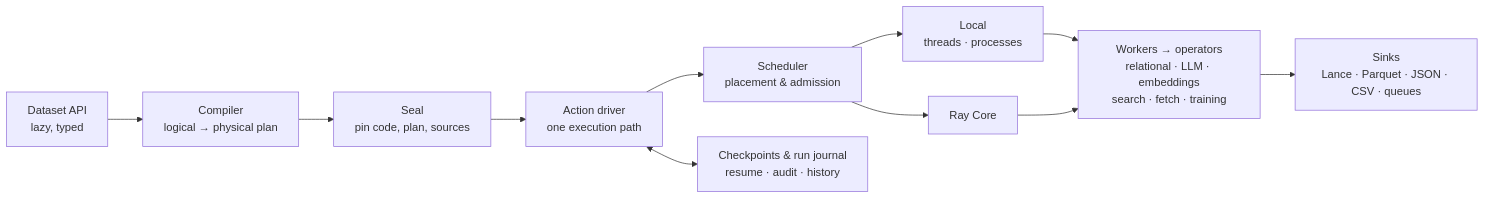
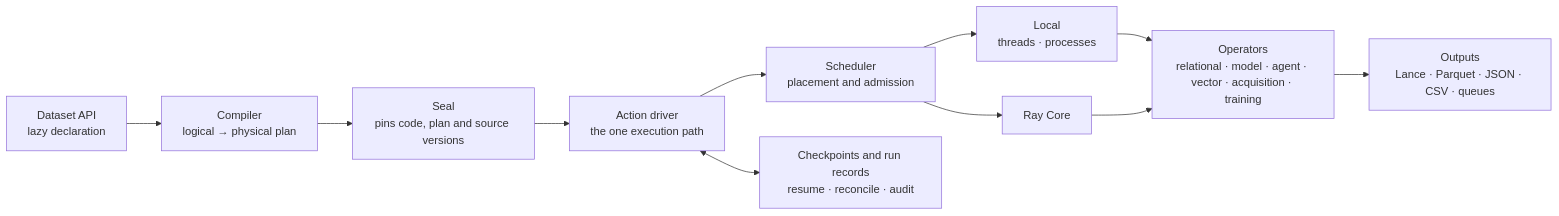
One commit to vincent9299/demiflow changed the first of 3 diagrams in README.md. Above: the diagram before and after it, drawn with Mermaid. The commit also changed other lines of this file and 1 other file, not shown here.

````diff
--- a/README.md
+++ b/README.md
@@ -179,13 +153,13 @@
 ```mermaid
 flowchart LR
-    API["Dataset API<br/>lazy, typed"] --> PLAN["Compiler<br/>logical → physical plan"]
-    PLAN --> SEAL["Seal<br/>pin code, plan, sources"]
-    SEAL --> DRIVER["Action driver<br/>one execution path"]
-    DRIVER --> SCHED["Scheduler<br/>placement & admission"]
+    API["Dataset API<br/>lazy declaration"] --> PLAN["Compiler<br/>logical → physical plan"]
+    PLAN --> SEAL["Seal<br/>pins code, plan and source versions"]
+    SEAL --> DRIVER["Action driver<br/>the one execution path"]
+    DRIVER --> SCHED["Scheduler<br/>placement and admission"]
     SCHED --> LOCAL["Local<br/>threads · processes"]
     SCHED --> RAY["Ray Core"]
-    LOCAL --> OPS["Workers → operators<br/>relational · LLM · embeddings<br/>search · fetch · training"]
+    LOCAL --> OPS["Operators<br/>relational · model · agent · vector · acquisition · training"]
     RAY --> OPS
-    OPS --> SINK["Sinks<br/>Lance · Parquet · JSON · CSV · queues"]
-    DRIVER <--> CKPT["Checkpoints & run journal<br/>resume · audit · history"]
+    OPS --> SINK["Outputs<br/>Lance · Parquet · JSON · CSV · queues"]
+    DRIVER <--> CKPT["Checkpoints and run records<br/>resume · reconcile · audit"]
 ```
````
